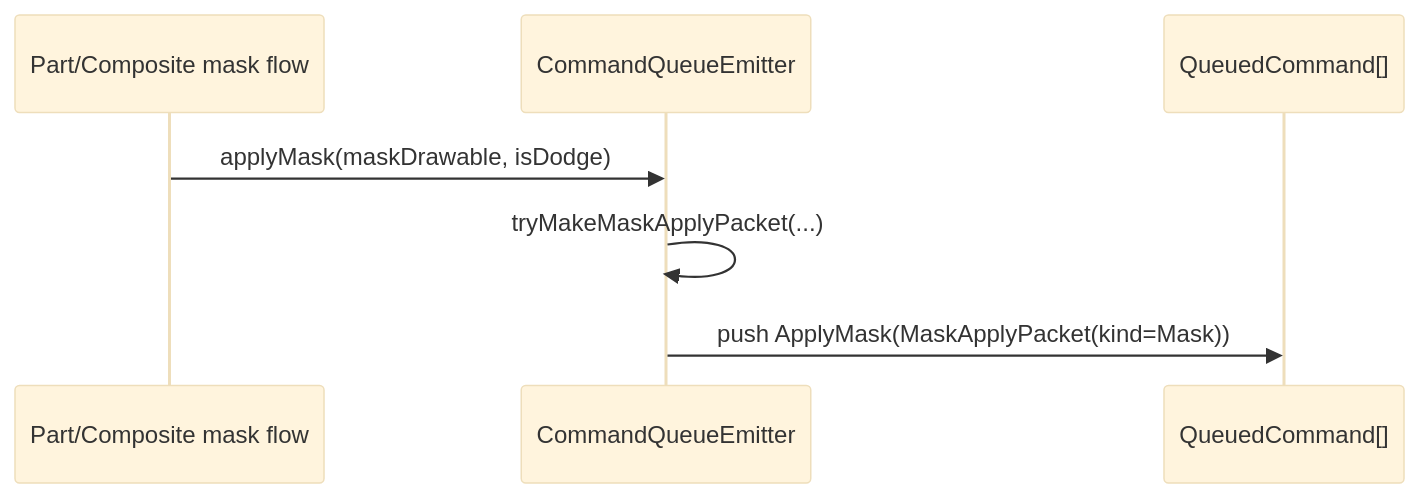
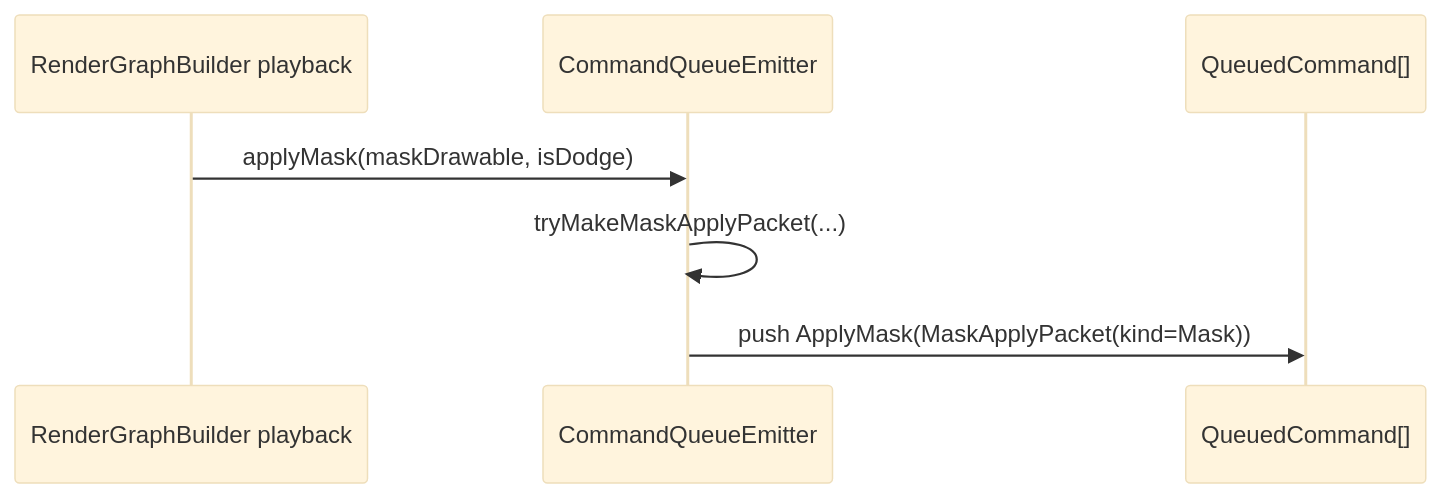
One commit to nijigenerate/nijilive changed the seventh of 20 diagrams in doc/rendering.md. Above: the diagram before and after it, drawn with Mermaid (base theme). The commit also changed other lines of this file, not shown here.

````diff
--- a/doc/rendering.md
+++ b/doc/rendering.md
@@ -377,9 +404,9 @@
 ```mermaid
 sequenceDiagram
-    participant PartFlow as Part/Composite mask flow
+    participant Graph as RenderGraphBuilder playback
     participant Emitter as CommandQueueEmitter
     participant Queue as QueuedCommand[]
-    PartFlow->>Emitter: applyMask(maskDrawable, isDodge)
+    Graph->>Emitter: applyMask(maskDrawable, isDodge)
     Emitter->>Emitter: tryMakeMaskApplyPacket(...)
     Emitter->>Queue: push ApplyMask(MaskApplyPacket(kind=Mask))
 ```
````
